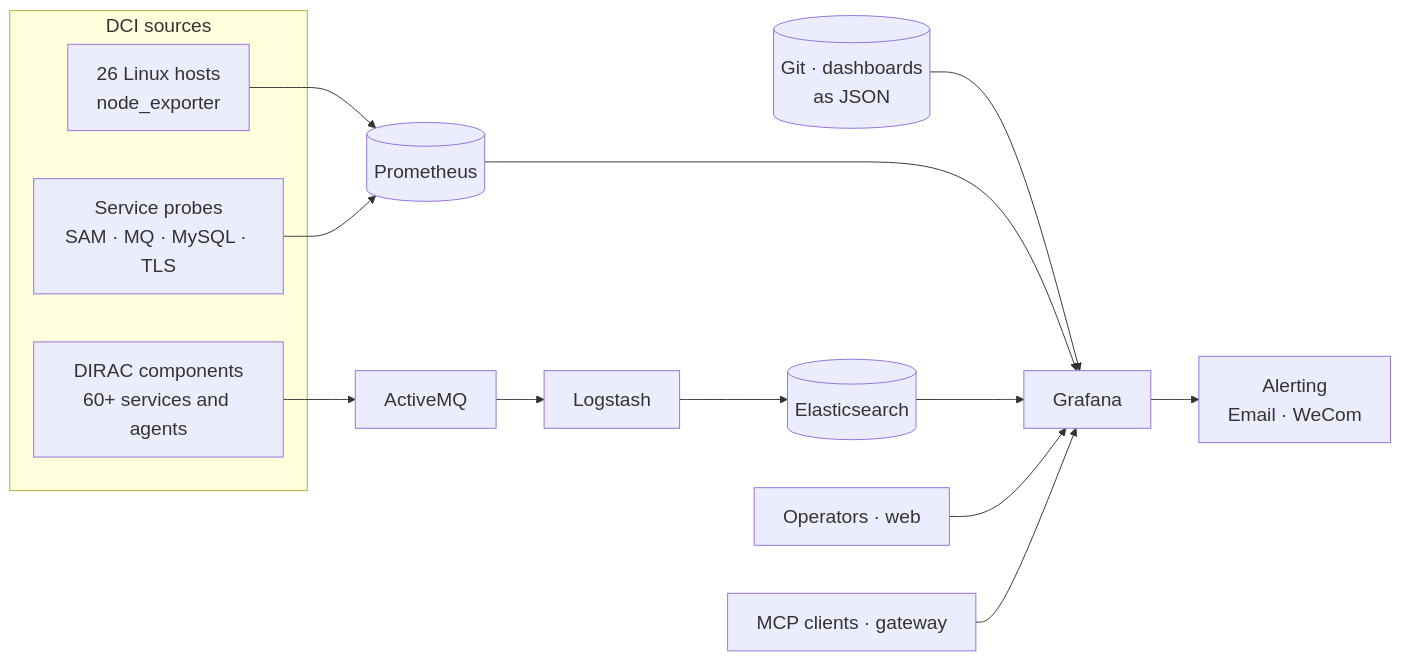
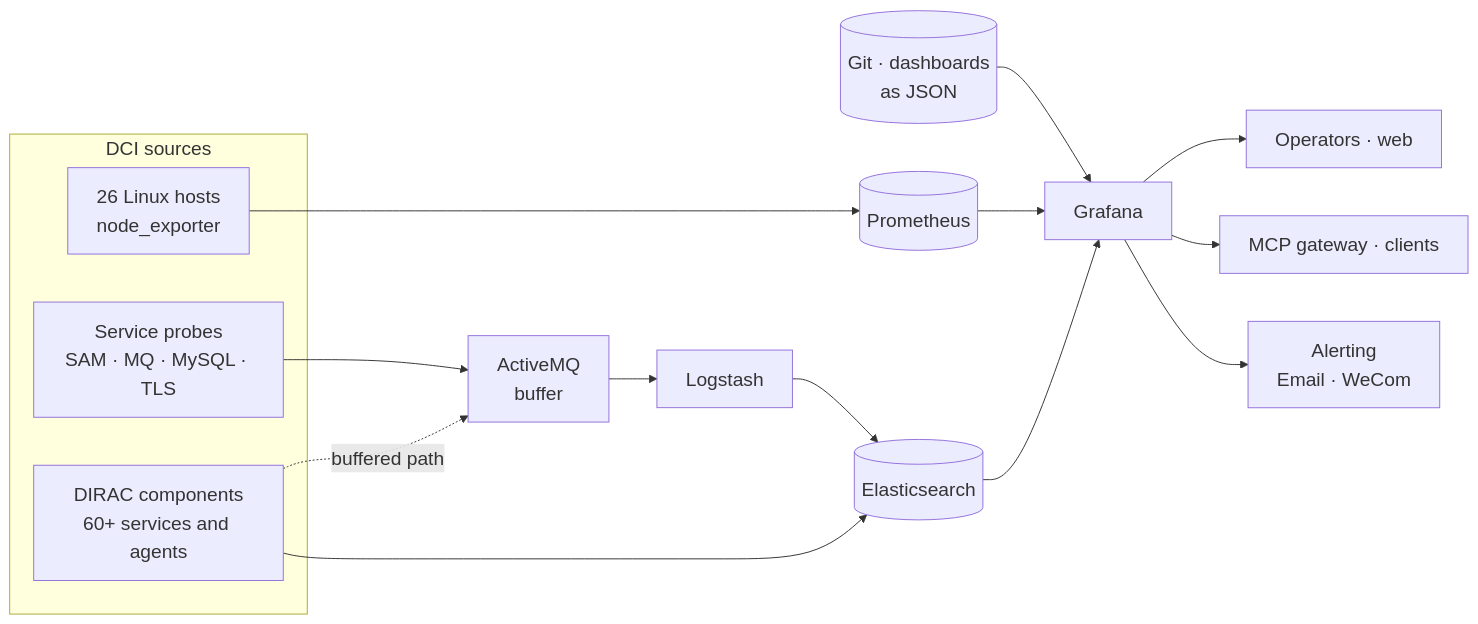
Before and after one commit to hanx-hep/2026-cepc-dci: the first of 5 diagrams in slides.md, drawn with Mermaid. The commit also changed other lines of this file and 1 other file, not shown here.

Commit message:
fix: correct monitoring data paths and restore architecture notes

````diff
--- a/slides.md
+++ b/slides.md
@@ -84,21 +84,21 @@
 ```mermaid {scale: 0.52}
 %%{init: {"themeVariables": {"fontSize": "20px"}}}%%
 flowchart LR
     subgraph S[DCI sources]
         H[26 Linux hosts<br/>node_exporter]
         P[Service probes<br/>SAM · MQ · MySQL · TLS]
         L[DIRAC components<br/>60+ services and agents]
     end
 
     H --> PR[(Prometheus)]
-    P --> PR
-    L --> MQ[ActiveMQ] --> LS[Logstash] --> ES[(Elasticsearch)]
+    P --> MQ[ActiveMQ<br/>buffer] --> LS[Logstash] --> ES[(Elasticsearch)]
+    L --> ES
+    L -. buffered path .-> MQ
 
     GIT[(Git · dashboards<br/>as JSON)] --> G[Grafana]
     PR --> G
     ES --> G
+    G --> O[Operators · web]
+    G --> A[MCP gateway · clients]
     G --> N[Alerting<br/>Email · WeCom]
-
-    O[Operators · web] --> G
-    A[MCP clients · gateway] --> G
 ```
````
